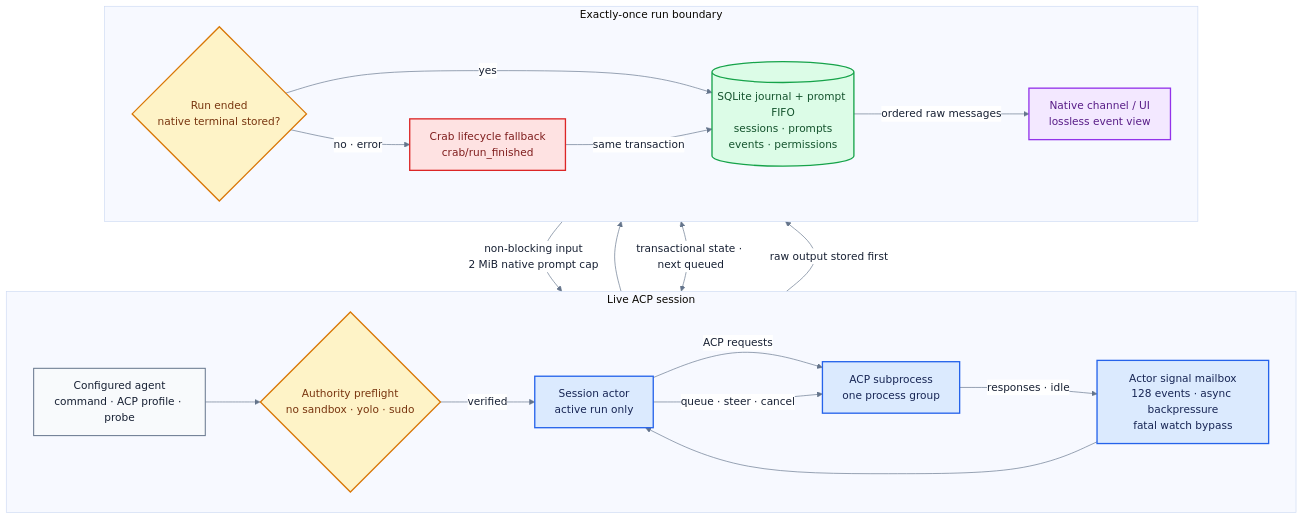
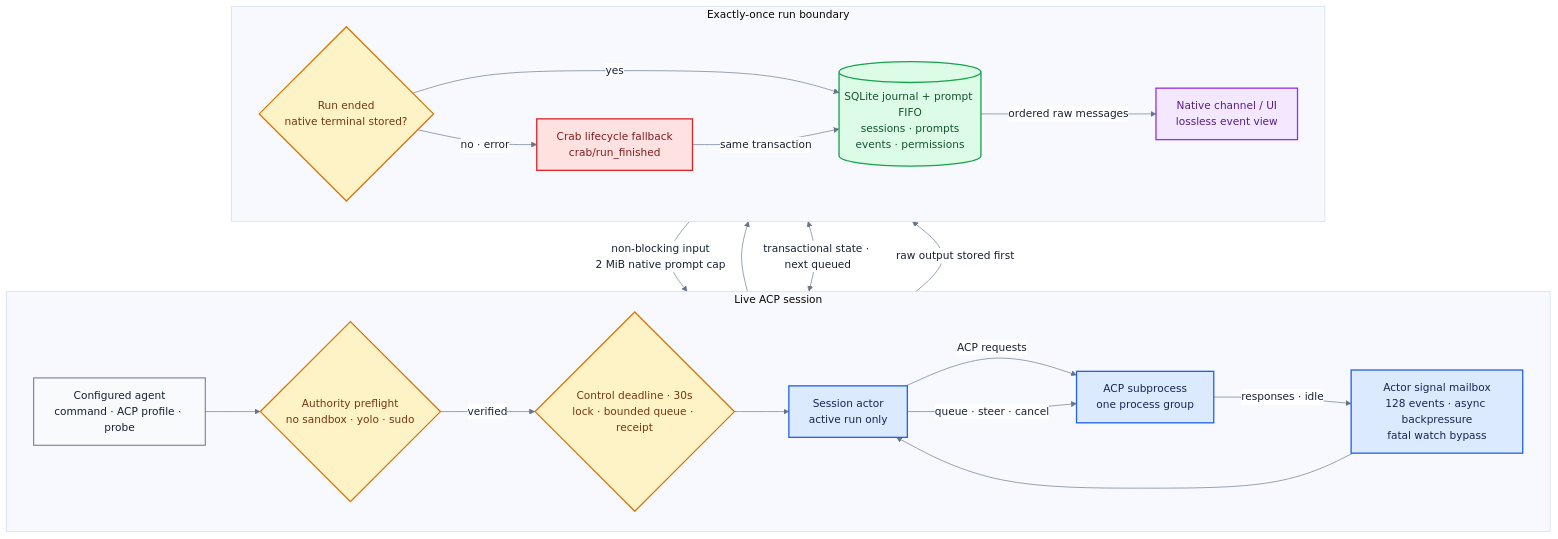
The diagram in v2/docs/agent-host-flow.mmd (fontanierh/crab), drawn with Mermaid before and after one commit. The commit also changed 7 other files, not shown here.

```diff
--- a/v2/docs/agent-host-flow.mmd
+++ b/v2/docs/agent-host-flow.mmd
@@ -1,46 +1,47 @@
 %%{init: {"theme": "base", "themeVariables": {"fontFamily": "ui-sans-serif, system-ui, sans-serif", "primaryTextColor": "#172033", "lineColor": "#64748b", "edgeLabelBackground": "#ffffff"}, "flowchart": {"curve": "basis", "nodeSpacing": 42, "rankSpacing": 58}}}%%
 flowchart TB
     subgraph LIVE["Live ACP session"]
         direction LR
         CONFIG["Configured agent<br/>command · ACP profile · probe"]
         PREFLIGHT{"Authority preflight<br/>no sandbox · yolo · sudo"}
+        CONTROL{"Control deadline · 30s<br/>lock · bounded queue · receipt"}
         ACTOR["Session actor<br/>active run only"]
         MAILBOX["Actor signal mailbox<br/>128 events · async backpressure<br/>fatal watch bypass"]
         ACP["ACP subprocess<br/>one process group"]
         CONFIG --> PREFLIGHT
-        PREFLIGHT -->|"verified"| ACTOR
+        PREFLIGHT -->|"verified"| CONTROL --> ACTOR
         ACTOR -->|"ACP requests"| ACP
         ACP -->|"responses · idle"| MAILBOX --> ACTOR
         ACTOR -->|"queue · steer · cancel"| ACP
     end
     subgraph DURABLE["Exactly-once run boundary"]
         direction LR
         ENDED{"Run ended<br/>native terminal stored?"}
         FALLBACK["Crab lifecycle fallback<br/>crab/run_finished"]
         DB[("SQLite journal + prompt FIFO<br/>sessions · prompts<br/>events · permissions")]
         UI["Native channel / UI<br/>lossless event view"]
         ENDED -->|"yes"| DB
         ENDED -->|"no · error"| FALLBACK
         FALLBACK -->|"same transaction"| DB
         DB -->|"ordered raw messages"| UI
     end
 
     ACTOR --> ENDED
     ACTOR <-->|"transactional state · next queued"| DB
     ACP -->|"raw output stored first"| DB
-    UI -->|"non-blocking input<br/>2 MiB native prompt cap"| ACTOR
+    UI -->|"non-blocking input<br/>2 MiB native prompt cap"| CONTROL
 
     classDef config fill:#f8fafc,stroke:#64748b,stroke-width:1.5px,color:#172033;
     classDef gate fill:#fef3c7,stroke:#d97706,stroke-width:2px,color:#78350f;
     classDef runtime fill:#dbeafe,stroke:#2563eb,stroke-width:2px,color:#172554;
     classDef fallback fill:#fee2e2,stroke:#dc2626,stroke-width:2px,color:#7f1d1d;
     classDef durable fill:#dcfce7,stroke:#16a34a,stroke-width:2px,color:#14532d;
     classDef ui fill:#f3e8ff,stroke:#9333ea,stroke-width:2px,color:#581c87;
 
     class CONFIG config;
-    class PREFLIGHT gate;
+    class PREFLIGHT,CONTROL gate;
     class ACTOR,MAILBOX,ACP runtime;
     class FALLBACK fallback;
     class ENDED gate;
     class DB durable;
     class UI ui;
```
